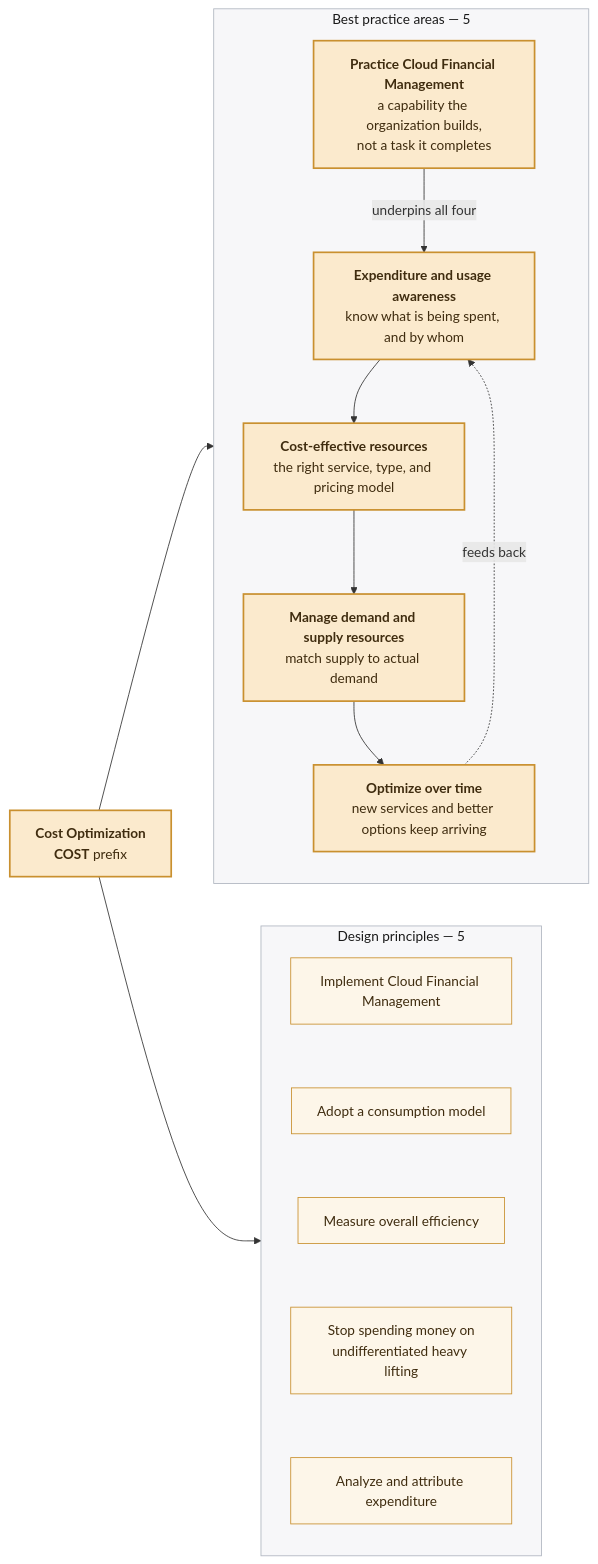
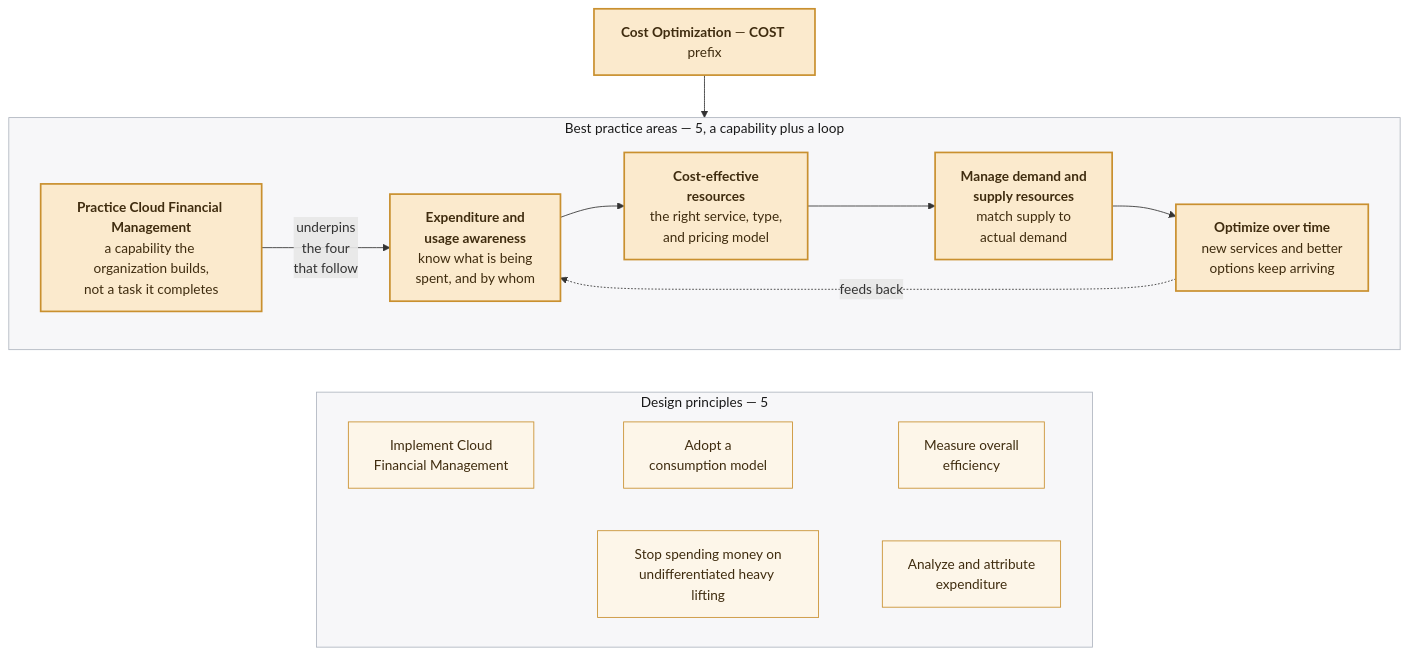
The ninth of 10 diagrams in well-architected/diagrams.md (toddcooke/learn), drawn with Mermaid before and after one commit. The commit also changed other lines of this file, not shown here.

First line of the commit message:
fix: lay out the diagrams to fit a 13.3in screen

````diff
--- a/well-architected/diagrams.md
+++ b/well-architected/diagrams.md
@@ -463,36 +430,26 @@
 ```mermaid
-flowchart LR
-    COST["<b>Cost Optimization</b><br/><b>COST</b> prefix"]
+flowchart TB
+    COST["<b>Cost Optimization</b> — <b>COST</b> prefix"]
 
-    subgraph BPA["Best practice areas — 5"]
-        direction TB
-        A2["<b>Expenditure and usage awareness</b><br/>know what is being spent, and by whom"]
-        A3["<b>Cost-effective resources</b><br/>the right service, type, and pricing model"]
-        A4["<b>Manage demand and supply resources</b><br/>match supply to actual demand"]
-        A5["<b>Optimize over time</b><br/>new services and better options keep arriving"]
-        A1["<b>Practice Cloud Financial Management</b><br/>a capability the organization builds,<br/>not a task it completes"]
-        A2 --> A3 --> A4 --> A5
+    subgraph BPA["Best practice areas — 5, a capability plus a loop"]
+        direction LR
+        A1["<b>Practice Cloud Financial Management</b><br/>a capability the organization builds,<br/>not a task it completes"] -->|"underpins<br/>the four<br/>that follow"| A2["<b>Expenditure and<br/>usage awareness</b><br/>know what is being<br/>spent, and by whom"] --> A3["<b>Cost-effective<br/>resources</b><br/>the right service, type,<br/>and pricing model"] --> A4["<b>Manage demand and<br/>supply resources</b><br/>match supply to<br/>actual demand"] --> A5["<b>Optimize over time</b><br/>new services and better<br/>options keep arriving"]
         A5 -.->|"feeds back"| A2
-        A1 -->|"underpins all four"| A2
     end
 
     subgraph DP["Design principles — 5"]
-        direction TB
-        P1["Implement Cloud Financial Management"]
-        P2["Adopt a consumption model"]
-        P3["Measure overall efficiency"]
-        P4["Stop spending money on<br/>undifferentiated heavy lifting"]
-        P5["Analyze and attribute expenditure"]
-        P1 ~~~ P2 ~~~ P3 ~~~ P4 ~~~ P5
+        direction LR
+        P1["Implement Cloud<br/>Financial Management"] ~~~ P2["Adopt a<br/>consumption model"] ~~~ P3["Measure overall<br/>efficiency"]
+        P4["Stop spending money on<br/>undifferentiated heavy lifting"] ~~~ P5["Analyze and attribute<br/>expenditure"]
     end
 
     COST --> BPA
-    COST --> DP
+    BPA ~~~ DP
 
     classDef cost fill:#fbeacd,stroke:#c9902f,stroke-width:2px,color:#3f2c0f
     classDef costlight fill:#fdf6e9,stroke:#c9902f,stroke-width:1px,color:#3f2c0f
     classDef sub fill:#f7f7f9,stroke:#b0b6c0,stroke-width:1px,color:#1a1a1a
     class COST,A1,A2,A3,A4,A5 cost
     class P1,P2,P3,P4,P5 costlight
     class BPA,DP sub
 ```
````
